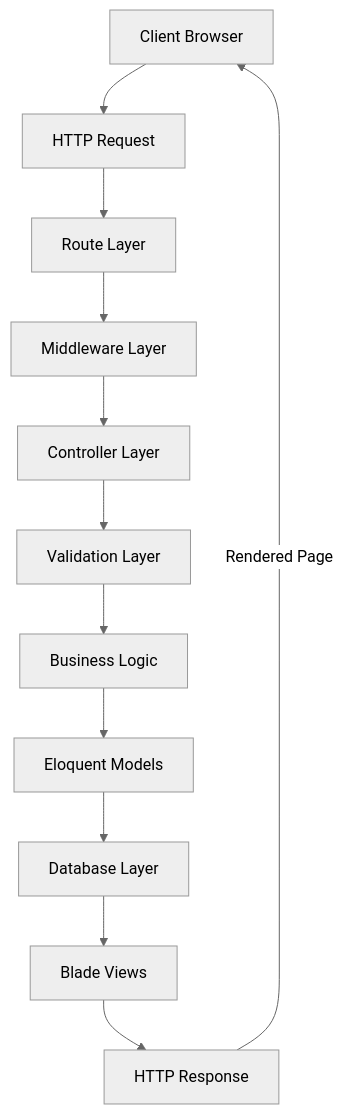
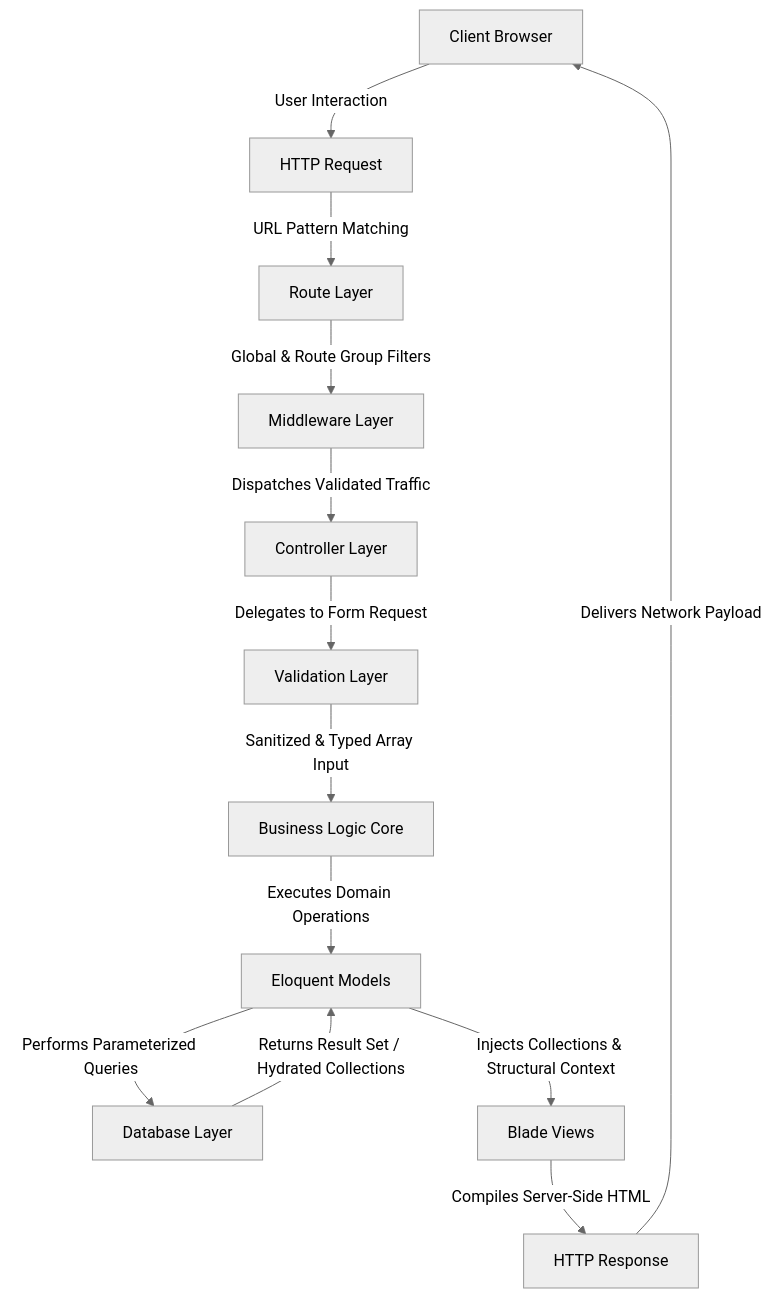
Before and after one commit to yewess97/Grace: the first of 2 diagrams in README.md, drawn with Mermaid (neutral theme). The commit also changed 3 other files, not shown here.

````diff
--- a/README.md
+++ b/README.md
@@ -234,35 +234,36 @@
 ```mermaid
 flowchart TD
     
     %% Nodes
-    A[Client Browser]
-    B[HTTP Request]
-    C[Route Layer]
-    D[Middleware Layer]
-    E[Controller Layer]
-    F[Validation Layer]
-    G[Business Logic]
-    H[Eloquent Models]
-    I[Database Layer]
-    J[Blade Views]
-    K[HTTP Response]
+    Browser[Client Browser]
+    Request[HTTP Request]
+    Route[Route Layer]
+    Middleware[Middleware Layer]
+    Controller[Controller Layer]
+    Validation[Validation Layer]
+    Logic[Business Logic Core]
+    Models[Eloquent Models]
+    DB[Database Layer]
+    Views[Blade Views]
+    Response[HTTP Response]
 
-    %% Flow/Connections
-    A --> B
-    B --> C
-    C --> D
-    D --> E
+    %% Ingress & Routing Pipeline
+    Browser -->|User Interaction| Request
+    Request -->|URL Pattern Matching| Route
+    Route -->|Global & Route Group Filters| Middleware
 
-    %% Internal Processing Split
-    E --> F
-    F --> G
-    G --> H
+    %% Application Controller Entry
+    Middleware -->|Dispatches Validated Traffic| Controller
 
-    %% Data & Rendering
-    H --> I
-    I --> J
-    J --> K
+    %% Architectural Abstraction Separation
+    Controller -->|Delegates to Form Request| Validation
+    Validation -->|Sanitized & Typed Array Input| Logic
+    Logic -->|Executes Domain Operations| Models
 
-    %% Return Loop
-    K -->|Rendered Page| A
+    %% Data Persistence & Response Reconstitution
+    Models -->|Performs Parameterized Queries| DB
+    DB -->|Returns Result Set / Hydrated Collections| Models
+    Models -->|Injects Collections & Structural Context| Views
+    Views -->|Compiles Server-Side HTML| Response
+    Response -->|Delivers Network Payload| Browser
 ```
````
